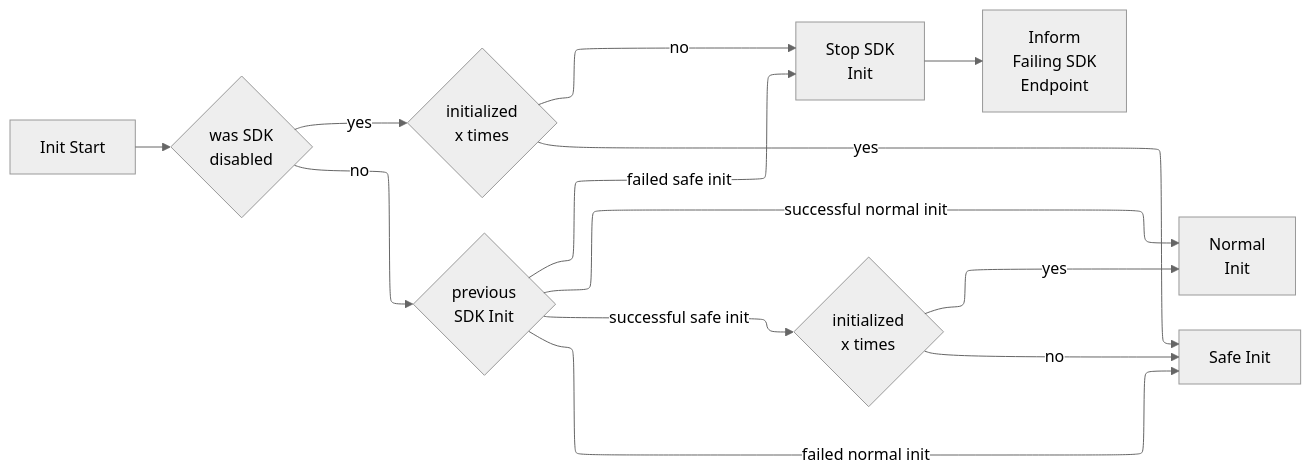
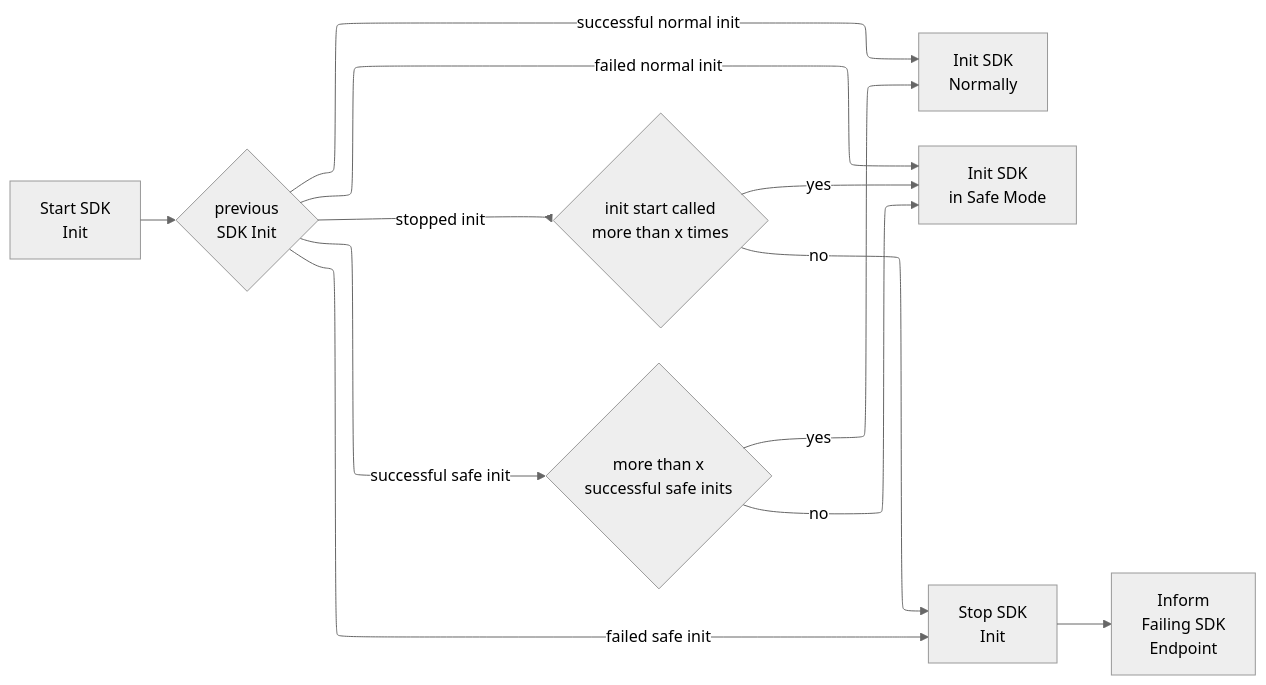
One commit to getsentry/rfcs changed the diagram in text/0143-sdk-fail-safe-mode.md. Above: the diagram before and after it, drawn with Mermaid.

Commit message:
again simplify diagram

````diff
--- a/text/0143-sdk-fail-safe-mode.md
+++ b/text/0143-sdk-fail-safe-mode.md
@@ -53,49 +53,48 @@
 ```mermaid
 ---
 config:
   layout: elk
   elk:
     mergeEdges: false
     nodePlacementStrategy: NETWORK_SIMPLEX
   theme: neutral
 ---
 flowchart LR
-    sdk-init-start[Init Start]
-    sdk-init-normal[Normal
+    sdk-init-start[Start SDK
         Init]
-    sdk-init-safe-mode[Safe Init]
+    sdk-init-normal[Init SDK
+        Normally]
+    sdk-init-safe-mode[Init SDK
+        in Safe Mode]
     sdk-init-stop[Stop SDK
         Init]
     sdk-fail-endpoint[Inform
         Failing SDK
         Endpoint]
+
     
-    
-    decision-sdk-disabled@{ shape: diamond, label: "was SDK
-        disabled" }
-    decision-sdk-initialized-x-times@{ shape: diamond, label: "initialized
-        x times" }
+    decision-init-start-x-times@{ shape: diamond, label: "init start called
+        more than x times" }
 
     decision-sdk-mode@{ shape: diamond, label: "previous
         SDK Init" }
-    decision-sdk-init-x-times-safe-mode@{ shape: diamond, label: "initialized
-        x times" }
+    decision-sdk-init-x-times-safe-mode@{ shape: diamond, label: "more than x
+        successful safe inits" }
     
-    sdk-init-start --> decision-sdk-disabled
-    decision-sdk-disabled-- yes --> decision-sdk-initialized-x-times
-    decision-sdk-disabled-- no --> decision-sdk-mode
+    sdk-init-start --> decision-sdk-mode
     
-    decision-sdk-initialized-x-times-- no --> sdk-init-stop
-    decision-sdk-initialized-x-times-- yes --> sdk-init-safe-mode
+    decision-sdk-mode-- stopped init --> decision-init-start-x-times
+    decision-init-start-x-times-- no --> sdk-init-stop
+    decision-init-start-x-times-- yes --> sdk-init-safe-mode
     
     decision-sdk-mode-- successful normal init --> sdk-init-normal
     decision-sdk-mode-- successful safe init --> decision-sdk-init-x-times-safe-mode
     decision-sdk-mode-- failed normal init --> sdk-init-safe-mode
     decision-sdk-mode-- failed safe init --> sdk-init-stop
 
+
     decision-sdk-init-x-times-safe-mode-- yes --> sdk-init-normal
     decision-sdk-init-x-times-safe-mode-- no --> sdk-init-safe-mode 
 
     sdk-init-stop --> sdk-fail-endpoint
-
 ```
````
